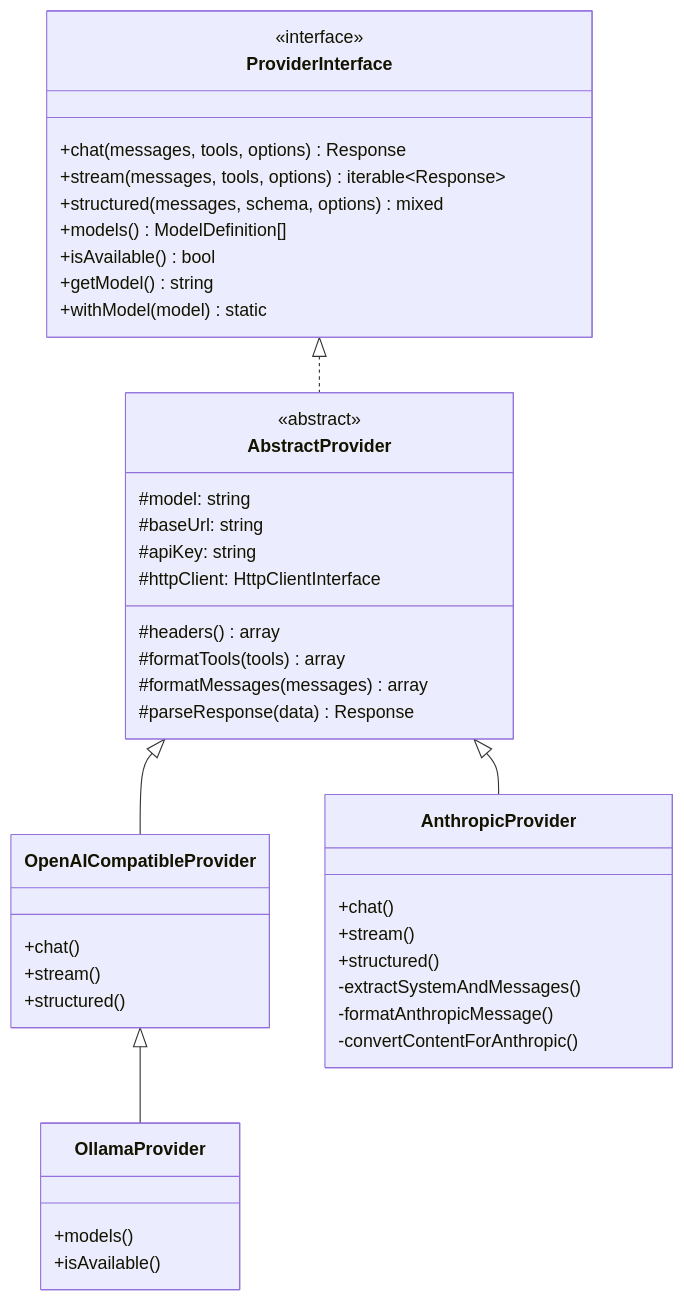
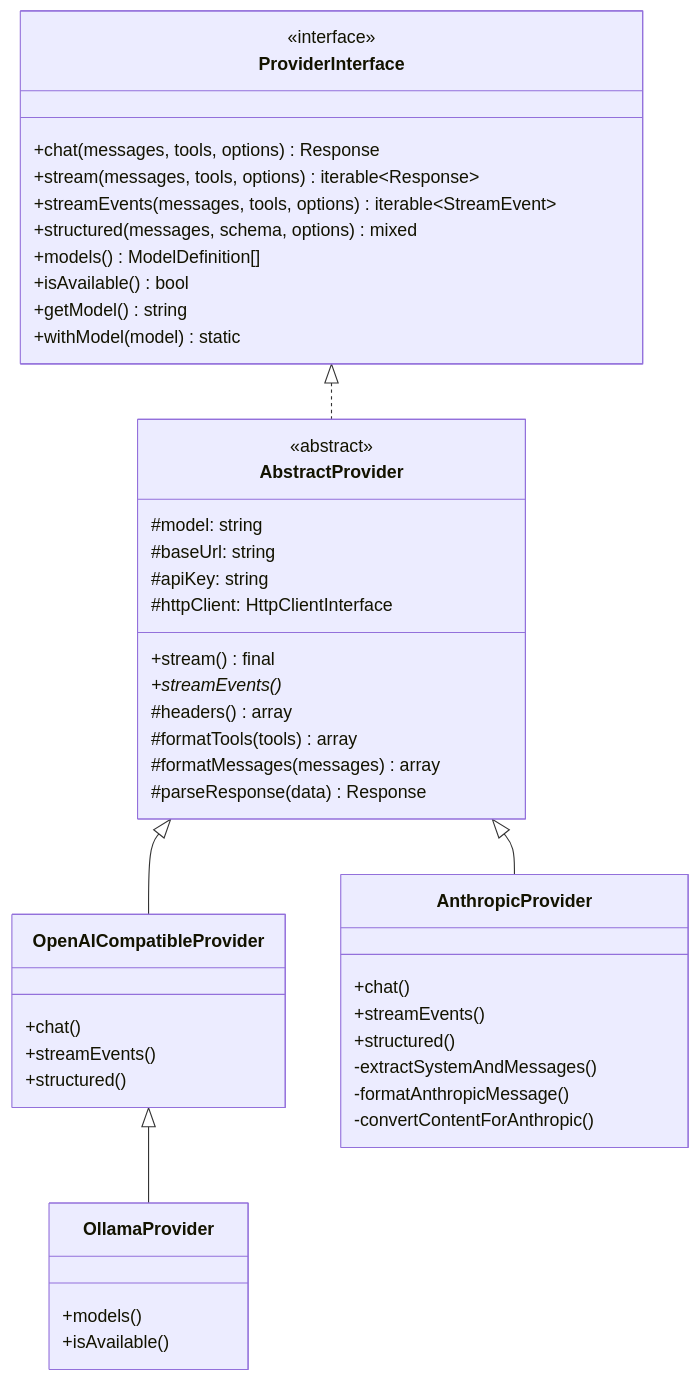
Before and after one commit to carmelosantana/php-agents: the fifth of 9 diagrams in docs/ARCHITECTURE.md, drawn with Mermaid. The commit also changed other lines of this file and 11 other files, not shown here.

````diff
--- a/docs/ARCHITECTURE.md
+++ b/docs/ARCHITECTURE.md
@@ -228,50 +252,53 @@
 ```mermaid
 classDiagram
     class ProviderInterface {
         <<interface>>
         +chat(messages, tools, options) Response
         +stream(messages, tools, options) iterable~Response~
+        +streamEvents(messages, tools, options) iterable~StreamEvent~
         +structured(messages, schema, options) mixed
         +models() ModelDefinition[]
         +isAvailable() bool
         +getModel() string
         +withModel(model) static
     }
 
     class AbstractProvider {
         <<abstract>>
         #model: string
         #baseUrl: string
         #apiKey: string
         #httpClient: HttpClientInterface
+        +stream() final
+        +streamEvents()*
         #headers() array
         #formatTools(tools) array
         #formatMessages(messages) array
         #parseResponse(data) Response
     }
 
     class OpenAICompatibleProvider {
         +chat()
-        +stream()
+        +streamEvents()
         +structured()
     }
 
     class OllamaProvider {
         +models()
         +isAvailable()
     }
 
     class AnthropicProvider {
         +chat()
-        +stream()
+        +streamEvents()
         +structured()
         -extractSystemAndMessages()
         -formatAnthropicMessage()
         -convertContentForAnthropic()
     }
 
     ProviderInterface <|.. AbstractProvider
     AbstractProvider <|-- OpenAICompatibleProvider
     OpenAICompatibleProvider <|-- OllamaProvider
     AbstractProvider <|-- AnthropicProvider
 ```
````
